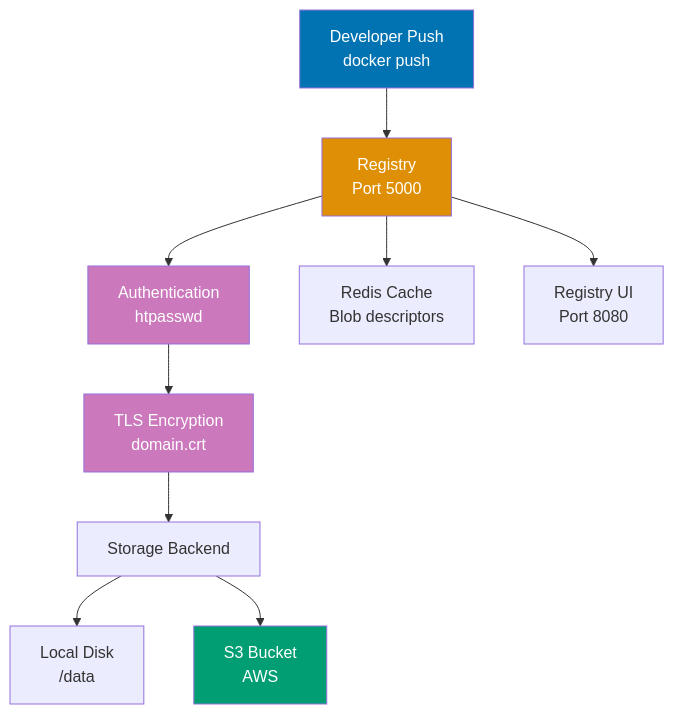
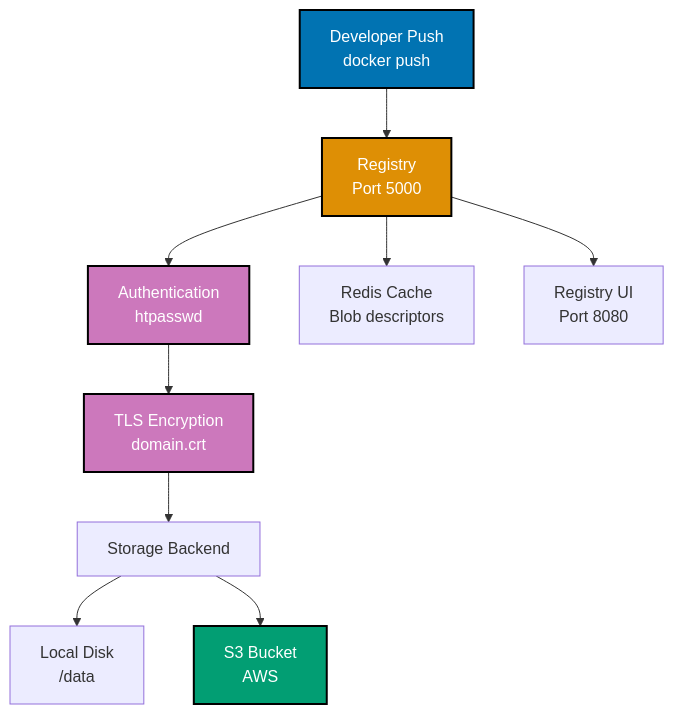
The fifth of 14 diagrams in apps/ayokoding-web/content/en/learn/software-engineering/infrastructure/tools/docker/by-example/advanced.md (wahidyankf/open-sharia-enterprise), drawn with Mermaid before and after one commit. The commit also changed other lines of this file and 25 other files, not shown here.

````diff
--- a/apps/ayokoding-web/content/en/learn/software-engineering/infrastructure/tools/docker/by-example/advanced.md
+++ b/apps/ayokoding-web/content/en/learn/software-engineering/infrastructure/tools/docker/by-example/advanced.md
@@ -1552,18 +1556,19 @@
 ```mermaid
+%% Color Palette: Blue #0173B2, Orange #DE8F05, Teal #029E73, Purple #CC78BC, Brown #CA9161
 %% Registry infrastructure
 graph TD
  A["Developer Push<br/>docker push"] --> B["Registry<br/>Port 5000"]
  B --> C["Authentication<br/>htpasswd"]
  C --> D["TLS Encryption<br/>domain.crt"]
  D --> E["Storage Backend"]
  E --> E1["Local Disk<br/>/data"]
  E --> E2["S3 Bucket<br/>AWS"]
  B --> F["Redis Cache<br/>Blob descriptors"]
  B --> G["Registry UI<br/>Port 8080"]
 
- style A fill:#0173B2,color:#fff
- style B fill:#DE8F05,color:#fff
- style C fill:#CC78BC,color:#fff
- style D fill:#CC78BC,color:#fff
- style E2 fill:#029E73,color:#fff
+ style A fill:#0173B2,stroke:#000000,stroke-width:2px,color:#fff
+ style B fill:#DE8F05,stroke:#000000,stroke-width:2px,color:#fff
+ style C fill:#CC78BC,stroke:#000000,stroke-width:2px,color:#fff
+ style D fill:#CC78BC,stroke:#000000,stroke-width:2px,color:#fff
+ style E2 fill:#029E73,stroke:#000000,stroke-width:2px,color:#fff
 ```
````
